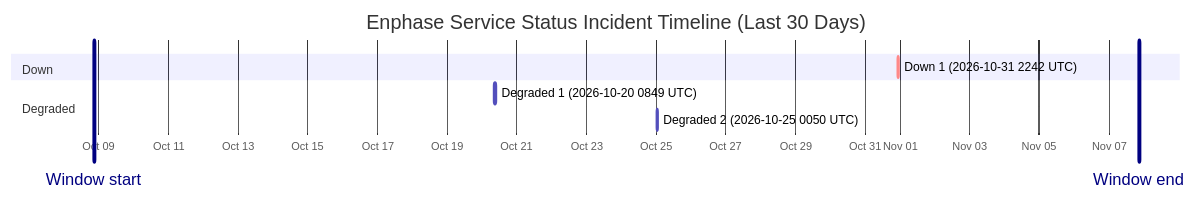
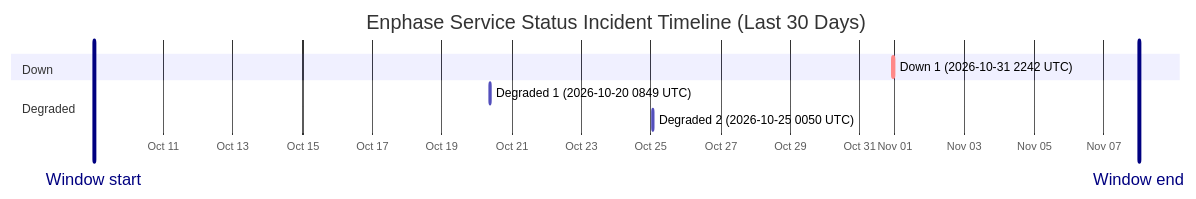
One commit to barneyonline/ha-enphase-energy changed the diagram in wiki/Service-Status-History.md. Above: the diagram before and after it, drawn with Mermaid. The commit also changed other lines of this file and 3 other files, not shown here.

````diff
--- a/wiki/Service-Status-History.md
+++ b/wiki/Service-Status-History.md
@@ -14,13 +14,13 @@
 ```mermaid
 gantt
     title Enphase Service Status Incident Timeline (Last 30 Days)
     dateFormat  YYYY-MM-DDTHH:mm:ss
     axisFormat  %b %d
-    Window start :vert, window-start, 2026-10-08T20:39:40, 0ms
-    Window end :vert, window-end, 2026-11-07T20:39:40, 0ms
+    Window start :vert, window-start, 2026-10-09T00:11:05, 0ms
+    Window end :vert, window-end, 2026-11-08T00:11:05, 0ms
     section Down
     Down 1 (2026-10-31 2242 UTC) :crit, down-1, 2026-10-31T22:42:18, 60m
     section Degraded
     Degraded 1 (2026-10-20 0849 UTC) :active, degraded-1, 2026-10-20T08:49:49, 60m
     Degraded 2 (2026-10-25 0050 UTC) :active, degraded-2, 2026-10-25T00:50:01, 60m
 ```
````
